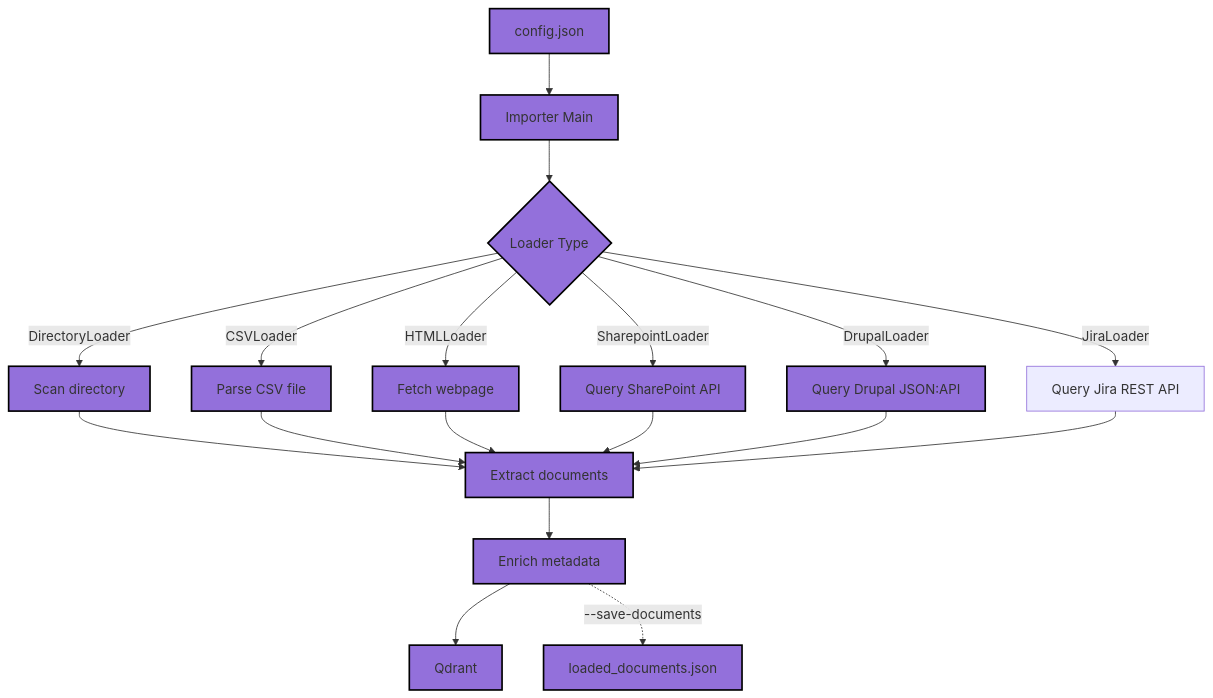
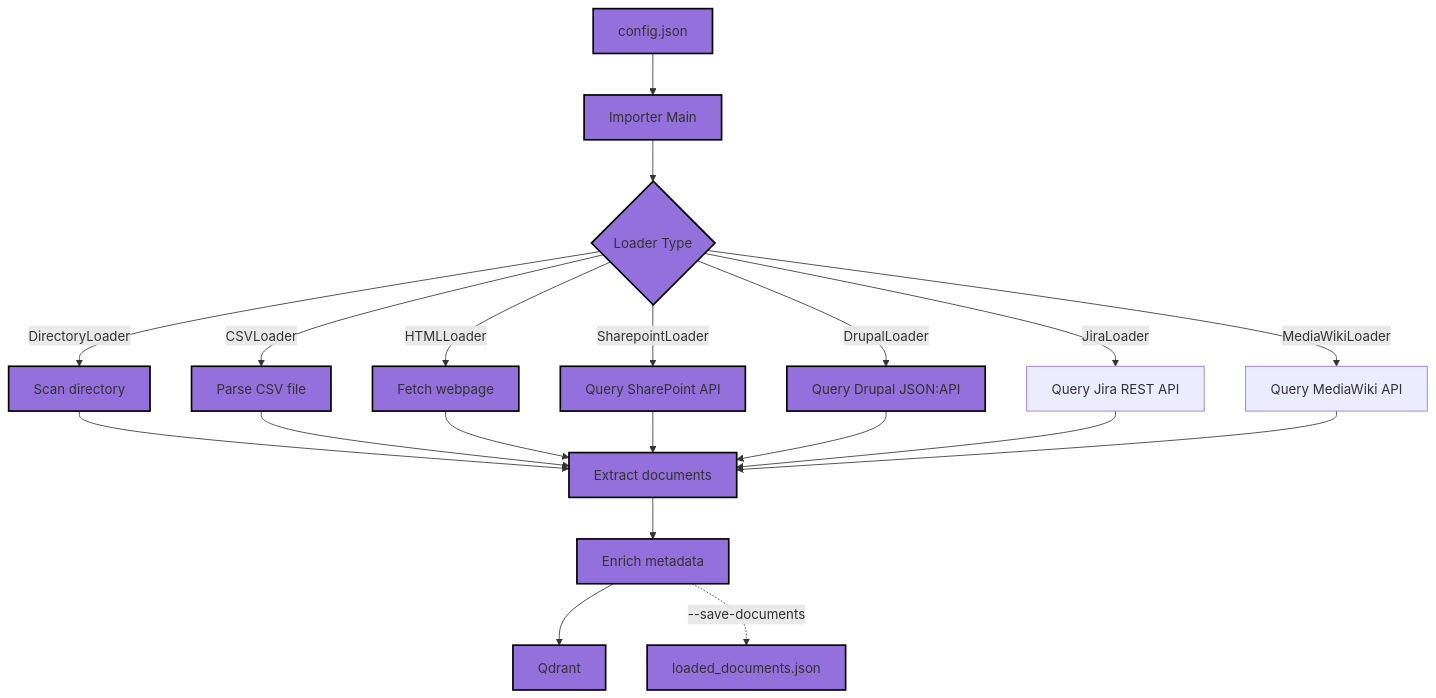
Before and after one commit to Learn2RAG/configurator: the diagram in learn2rag/importer/readme.md, drawn with Mermaid. The commit also changed other lines of this file and 8 other files, not shown here.

````diff
--- a/learn2rag/importer/readme.md
+++ b/learn2rag/importer/readme.md
@@ -36,34 +36,36 @@
 ```mermaid
 graph TD
     A[config.json] --> B[Importer Main]
     B --> C{Loader Type}
     C -->|DirectoryLoader| D[Scan directory]
     C -->|CSVLoader| E[Parse CSV file]
     C -->|HTMLLoader| F[Fetch webpage]
     C -->|SharepointLoader| G[Query SharePoint API]
     C -->|DrupalLoader| H[Query Drupal JSON:API]
     C -->|JiraLoader| M[Query Jira REST API]
+    C -->|MediaWikiLoader| N[Query MediaWiki API]
     D --> I[Extract documents]
     E --> I
     F --> I
     G --> I
     H --> I
     M --> I
+    N --> I
     I --> J[Enrich metadata]
     J --> L[Qdrant]
     J -.->|--save-documents| K[loaded_documents.json]
 
     classDef purple fill:#9370db,stroke:#000000,stroke-width:2px
     A:::purple
     B:::purple
     C:::purple
     D:::purple
     E:::purple
     F:::purple
     G:::purple
     H:::purple
     I:::purple
     J:::purple
     K:::purple
     L:::purple
 ```
````
